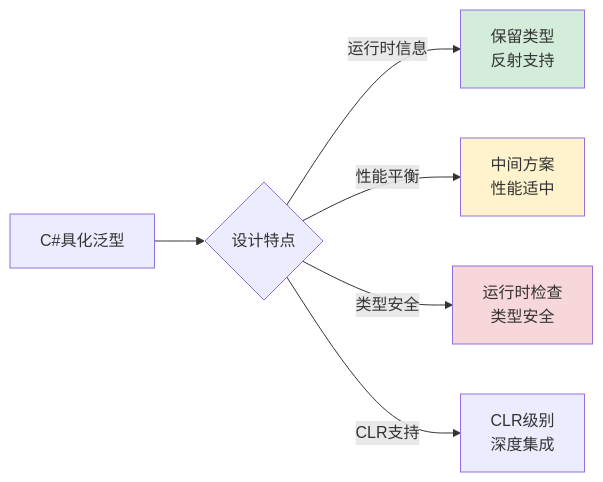
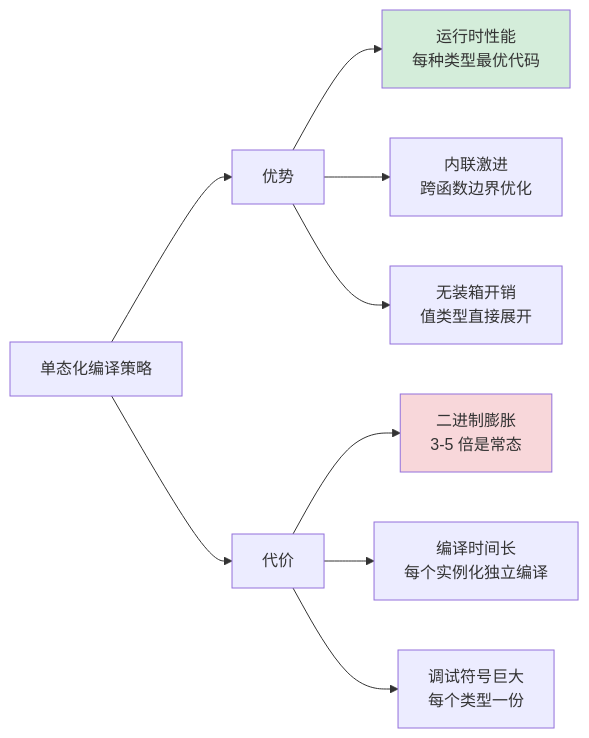
One commit to chongyang211/YCBookBlog changed diagram 14 of 28 in 00.通用技术的提升/02.程序编程原理/04.泛型设计灵魂思想.md. Above: the diagram before and after it, drawn with Mermaid. The commit also changed other lines of this file and 6 other files, not shown here.

````diff
--- a/00.通用技术的提升/02.程序编程原理/04.泛型设计灵魂思想.md
+++ b/00.通用技术的提升/02.程序编程原理/04.泛型设计灵魂思想.md
@@ -821,12 +1161,16 @@
 ```mermaid
-graph LR
-    A[C#具化泛型] --> B{设计特点}
-    B -->|运行时信息| C[保留类型<br/>反射支持]
-    B -->|性能平衡| D[中间方案<br/>性能适中]
-    B -->|类型安全| E[运行时检查<br/>类型安全]
-    B -->|CLR支持| F[CLR级别<br/>深度集成]
+flowchart LR
+    A[单态化编译策略] --> B[优势]
+    A --> C[代价]
     
-    style C fill:#d4edda
-    style D fill:#fff3cd
-    style E fill:#f8d7da
+    B --> B1[运行时性能<br/>每种类型最优代码]
+    B --> B2[内联激进<br/>跨函数边界优化]
+    B --> B3[无装箱开销<br/>值类型直接展开]
+    
+    C --> C1[二进制膨胀<br/>3-5 倍是常态]
+    C --> C2[编译时间长<br/>每个实例化独立编译]
+    C --> C3[调试符号巨大<br/>每个类型一份]
+
+    style B1 fill:#d4edda
+    style C1 fill:#f8d7da
 ```
````
